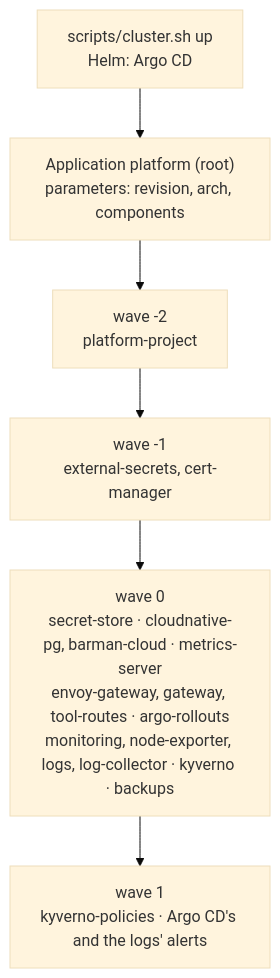
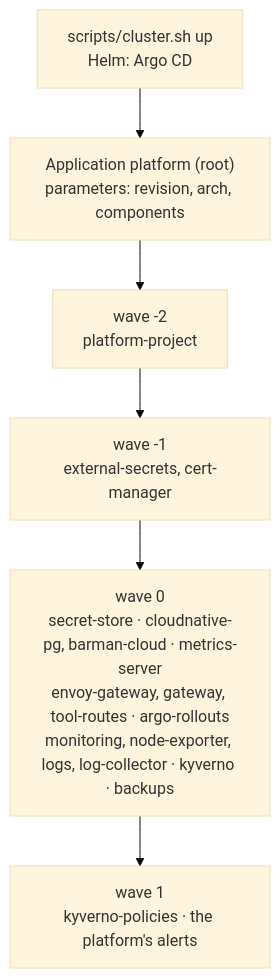
One commit to easypeasyops/platform changed the second of 3 diagrams in docs/DESIGN.md. Above: the diagram before and after it, drawn with Mermaid (base theme). The commit also changed 2 other files, not shown here.

Commit message:
docs: cert-manager's restarts after a sleep, cmctl, and the wave 1 wording (PT-9)

````diff
--- a/docs/DESIGN.md
+++ b/docs/DESIGN.md
@@ -196,8 +196,8 @@
 ```mermaid
 flowchart TB
   CS["scripts/cluster.sh up<br/>Helm: Argo CD"] --> Root["Application platform (root)<br/>parameters: revision, arch, components"]
   Root --> WP["wave -2<br/>platform-project"]
   WP --> WB["wave -1<br/>external-secrets, cert-manager"]
   WB --> W0["wave 0<br/>secret-store · cloudnative-pg, barman-cloud · metrics-server<br/>envoy-gateway, gateway, tool-routes · argo-rollouts<br/>monitoring, node-exporter, logs, log-collector · kyverno · backups"]
-  W0 --> W1["wave 1<br/>kyverno-policies · Argo CD's and the logs' alerts"]
+  W0 --> W1["wave 1<br/>kyverno-policies · the platform's alerts"]
 ```
````
